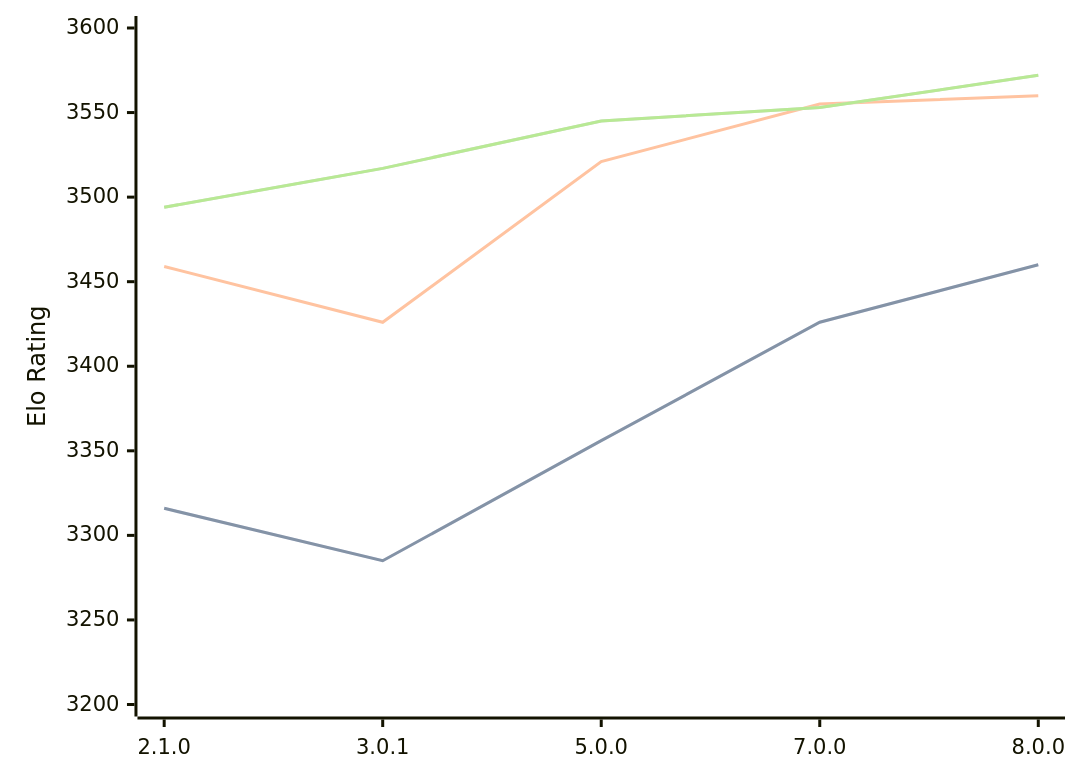
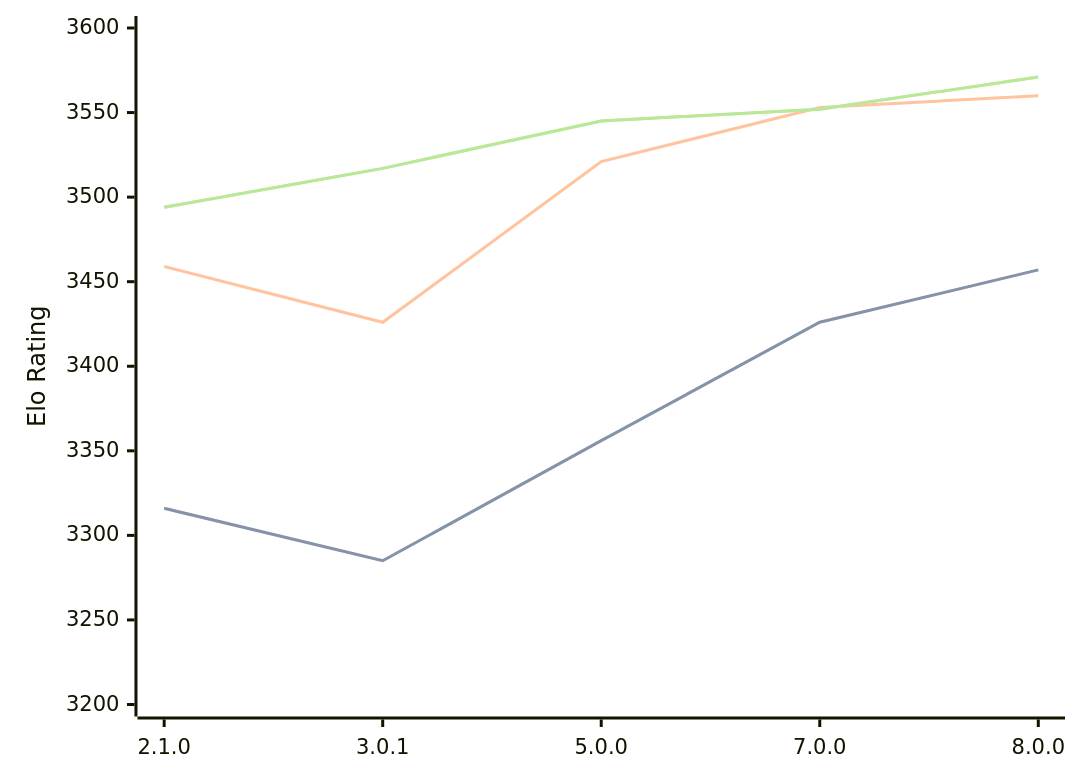
One commit to computer-chess-index/cci changed the diagram in engines/PlentyChess.md. Above: the diagram before and after it, drawn with Mermaid. The commit also changed other lines of this file, not shown here.

Commit message:
Update CCI Ratings (ELO VLTC) - 2026-08-02

````diff
--- a/engines/PlentyChess.md
+++ b/engines/PlentyChess.md
@@ -46,11 +46,11 @@
 ```mermaid
 %%{init: {"theme":"base","themeVariables":{"seriesColors:['#a3a3a3','#222221','#faa371']}}}%%
 xychart-beta
   x-axis ["2.1.0", "3.0.1", "5.0.0", "7.0.0", "8.0.0"]
   y-axis "Elo Rating" 3200 --> 3600
-  line "STC (8.0+0.08s)" [3316, 3285, 3356, 3426, 3460]
-  line "STC (8.0+0.08s)" [3316, 3285, 3356, 3426, 3460]
-  line "LTC (60.0+0.60s)" [3459, 3426, 3521, 3555, 3560]
-  line "VLTC (2m24s+1.12s)" [3494, 3517, 3545, 3553, 3572]
-  line "VLTC (2m24s+1.12s)" [3494, 3517, 3545, 3553, 3572]
+  line "STC (8.0+0.08s)" [3316, 3285, 3356, 3426, 3457]
+  line "STC (8.0+0.08s)" [3316, 3285, 3356, 3426, 3457]
+  line "LTC (60.0+0.60s)" [3459, 3426, 3521, 3553, 3560]
+  line "VLTC (2m24s+1.12s)" [3494, 3517, 3545, 3552, 3571]
+  line "VLTC (2m24s+1.12s)" [3494, 3517, 3545, 3552, 3571]
 ```
````
